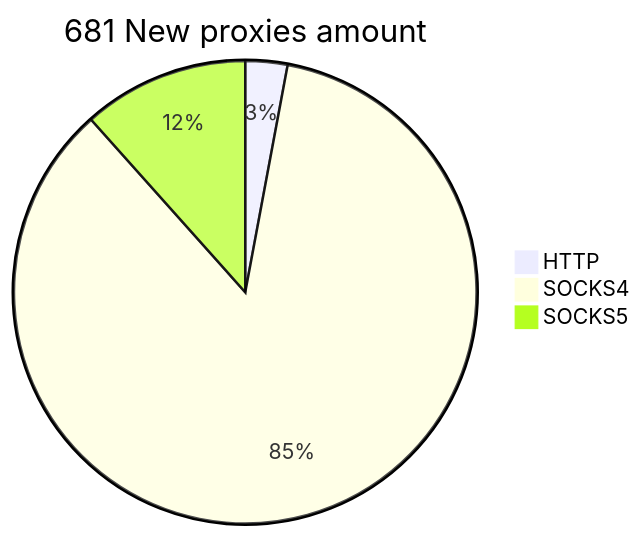
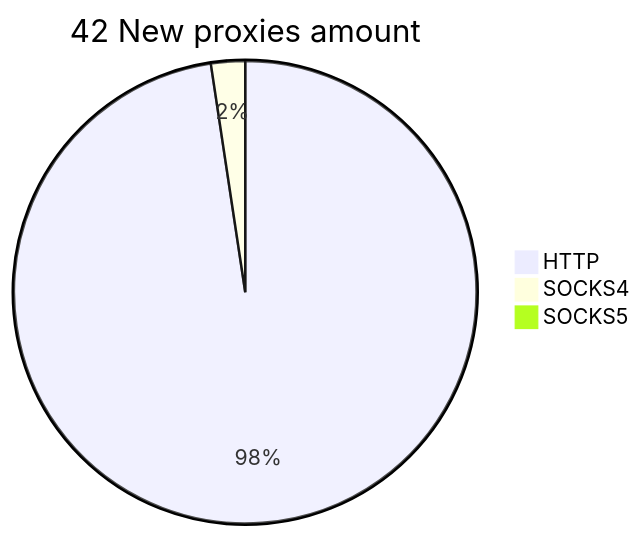
The second of 2 diagrams in README.md (cutipu/proxylist), drawn with Mermaid before and after one commit. The commit also changed other lines of this file, not shown here.

````diff
--- a/README.md
+++ b/README.md
@@ -10,6 +10,6 @@
 ```mermaid
-pie title 681 New proxies amount
-    "HTTP" : 20
-    "SOCKS4" : 582
-    "SOCKS5" : 79
+pie title 42 New proxies amount
+    "HTTP" : 41
+    "SOCKS4" : 1
+    "SOCKS5" : 0
 ```
````
